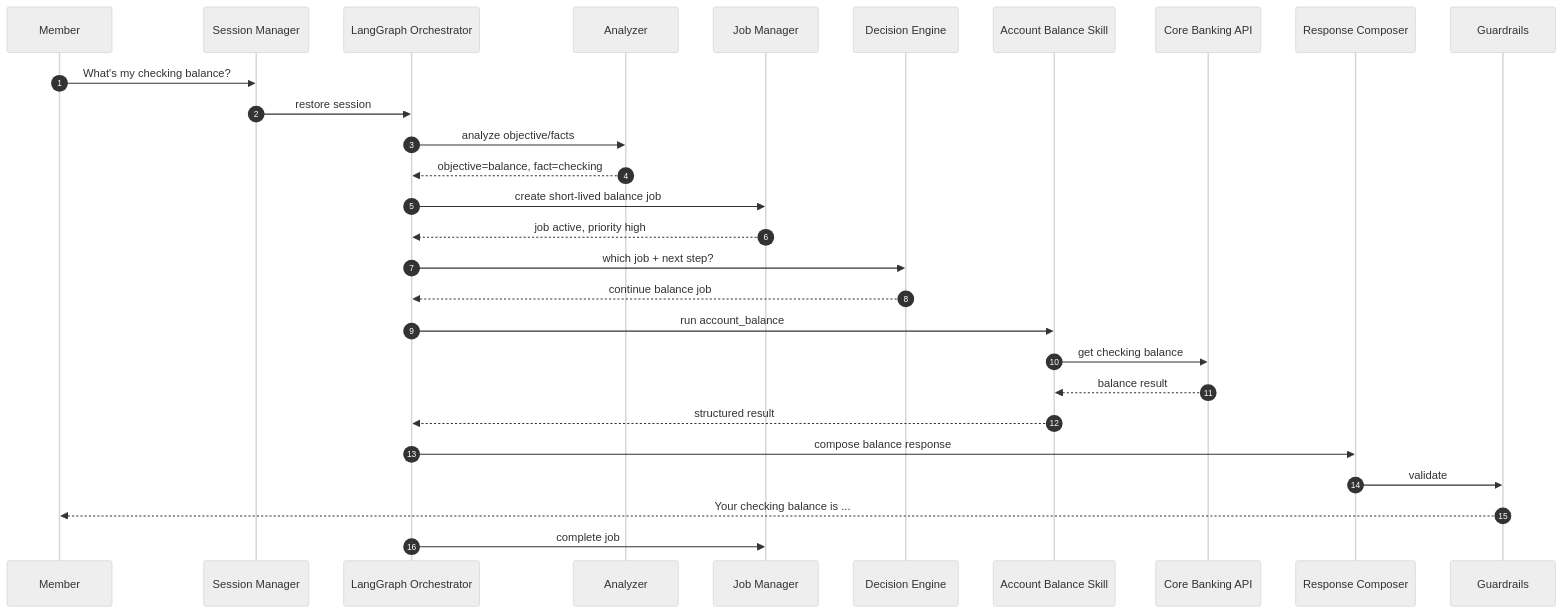
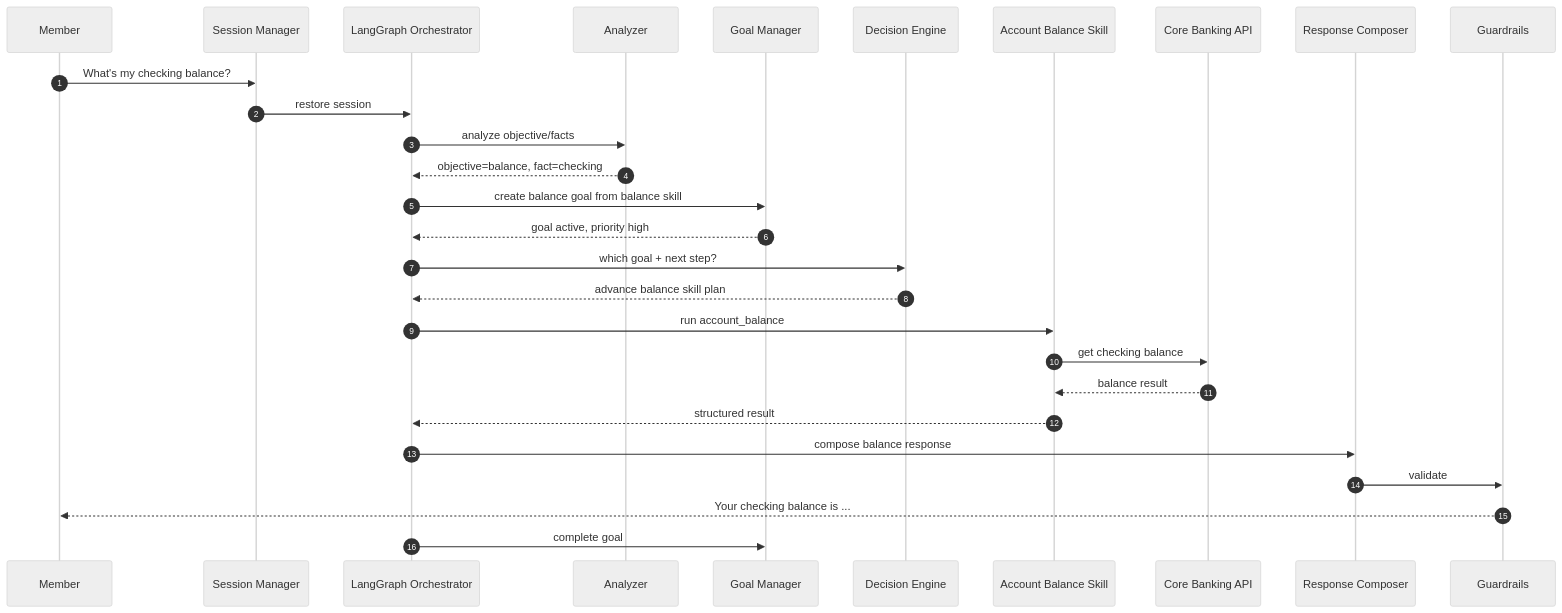
The seventh of 14 diagrams in docs/Agentic_Chat_Architecture_Deck.md (bhochhi/nexus), drawn with Mermaid (neutral theme) before and after one commit. The commit also changed other lines of this file, not shown here.

Commit message:
refactor: update terminology from jobs to goals in architecture deck

````diff
--- a/docs/Agentic_Chat_Architecture_Deck.md
+++ b/docs/Agentic_Chat_Architecture_Deck.md
@@ -237,31 +242,31 @@
 ```mermaid
 sequenceDiagram
     autonumber
     participant M as Member
     participant SM as Session Manager
     participant O as LangGraph Orchestrator
     participant CA as Analyzer
-    participant JM as Job Manager
+    participant GM as Goal Manager
     participant DE as Decision Engine
     participant RT as Account Balance Skill
     participant API as Core Banking API
     participant RC as Response Composer
     participant GR as Guardrails
 
     M->>SM: What's my checking balance?
     SM->>O: restore session
     O->>CA: analyze objective/facts
     CA-->>O: objective=balance, fact=checking
-    O->>JM: create short-lived balance job
-    JM-->>O: job active, priority high
-    O->>DE: which job + next step?
-    DE-->>O: continue balance job
+    O->>GM: create balance goal from balance skill
+    GM-->>O: goal active, priority high
+    O->>DE: which goal + next step?
+    DE-->>O: advance balance skill plan
     O->>RT: run account_balance
     RT->>API: get checking balance
     API-->>RT: balance result
     RT-->>O: structured result
     O->>RC: compose balance response
     RC->>GR: validate
     GR-->>M: Your checking balance is ...
-    O->>JM: complete job
+    O->>GM: complete goal
 ```
````
